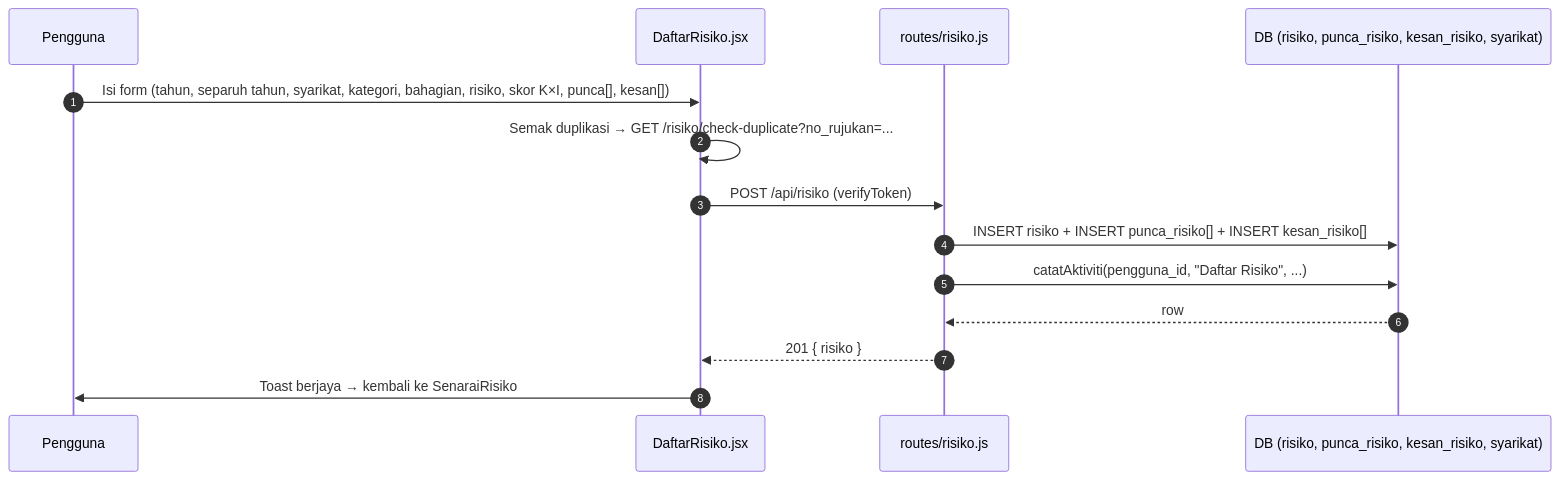
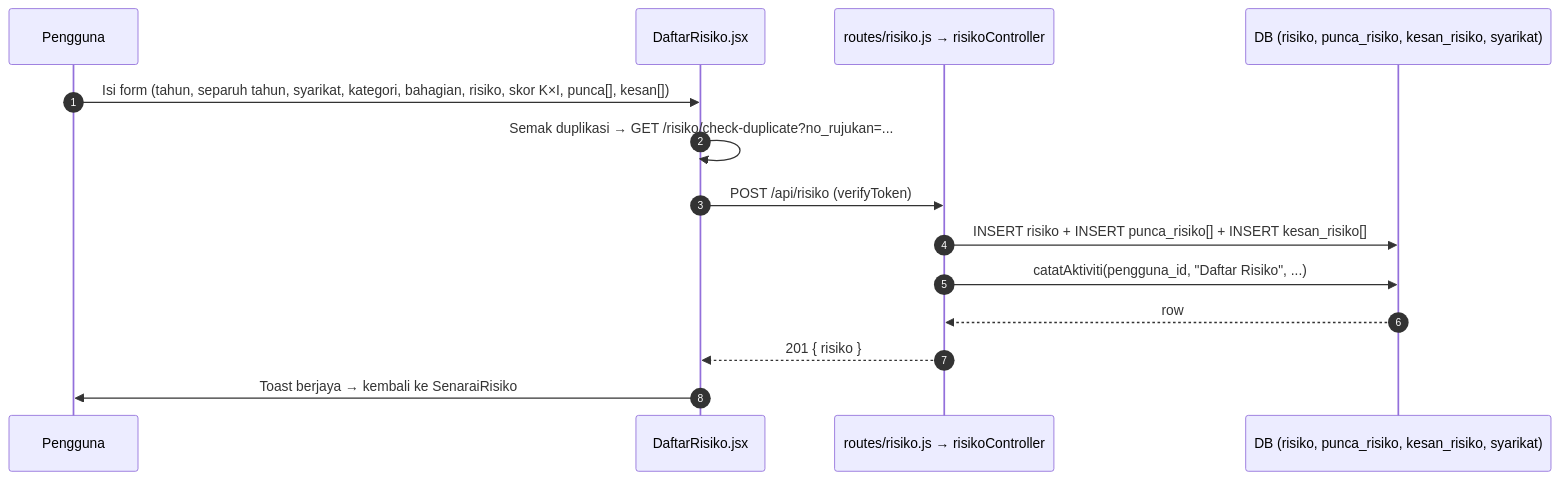
Before and after one commit to aimaniss/RiskManagementSystem: the diagram in docs/pipeline/02-risiko.md, drawn with Mermaid. The commit also changed other lines of this file and 35 other files, not shown here.

````diff
--- a/docs/pipeline/02-risiko.md
+++ b/docs/pipeline/02-risiko.md
@@ -10,17 +10,17 @@
 ```mermaid
 sequenceDiagram
   autonumber
   participant U as Pengguna
   participant D as DaftarRisiko.jsx
-  participant B as routes/risiko.js
+  participant B as routes/risiko.js → risikoController
   participant DB as DB (risiko, punca_risiko, kesan_risiko, syarikat)
 
   U->>D: Isi form (tahun, separuh tahun, syarikat, kategori, bahagian, risiko, skor K×I, punca[], kesan[])
   D->>D: Semak duplikasi → GET /risiko/check-duplicate?no_rujukan=...
   D->>B: POST /api/risiko (verifyToken)
   B->>DB: INSERT risiko + INSERT punca_risiko[] + INSERT kesan_risiko[]
   B->>DB: catatAktiviti(pengguna_id, "Daftar Risiko", ...)
   DB-->>B: row
   B-->>D: 201 { risiko }
   D->>U: Toast berjaya → kembali ke SenaraiRisiko
 ```
````
